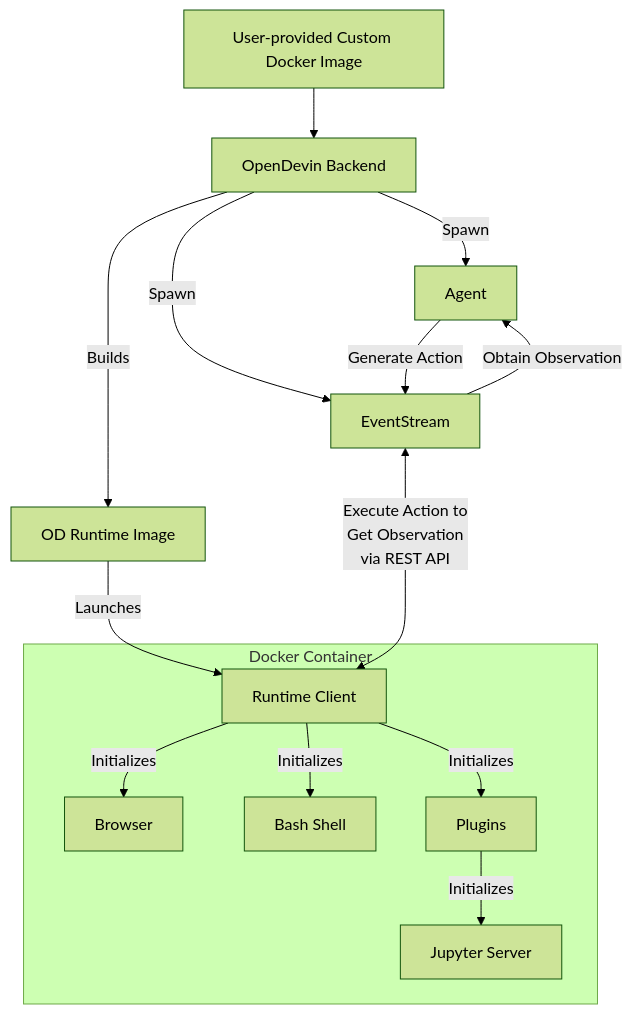
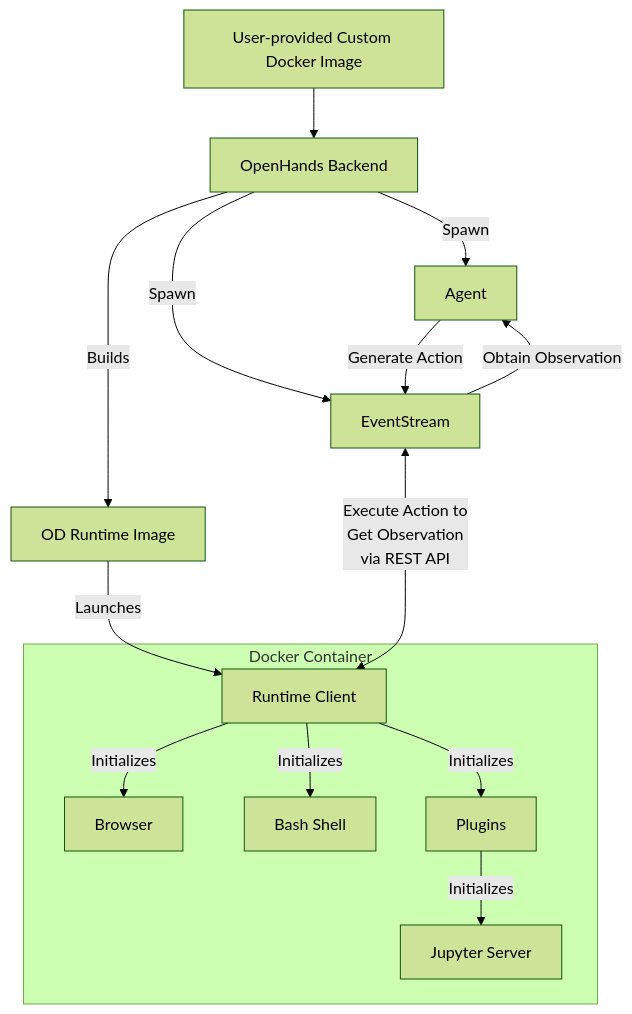
Before and after one commit to techyst-net/handyst: the first of 2 diagrams in docs/modules/usage/architecture/runtime.md, drawn with Mermaid (forest theme). The commit also changed other lines of this file and 465 other files, not shown here.

First line of the commit message:
Rename OpenDevin to OpenHands (#3472)

````diff
--- a/docs/modules/usage/architecture/runtime.md
+++ b/docs/modules/usage/architecture/runtime.md
@@ -25,28 +25,28 @@
 ```mermaid
 graph TD
-    A[User-provided Custom Docker Image] --> B[OpenDevin Backend]
+    A[User-provided Custom Docker Image] --> B[OpenHands Backend]
     B -->|Builds| C[OD Runtime Image]
     C -->|Launches| D[Runtime Client]
     D -->|Initializes| E[Browser]
     D -->|Initializes| F[Bash Shell]
     D -->|Initializes| G[Plugins]
     G -->|Initializes| L[Jupyter Server]
 
     B -->|Spawn| H[Agent]
     B -->|Spawn| I[EventStream]
     I <--->|Execute Action to
     Get Observation
     via REST API
     | D
 
     H -->|Generate Action| I
     I -->|Obtain Observation| H
 
     subgraph "Docker Container"
     D
     E
     F
     G
     L
     end
 ```
````
